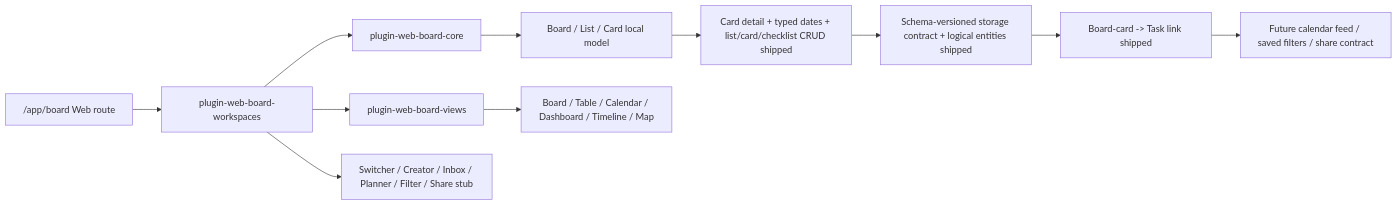
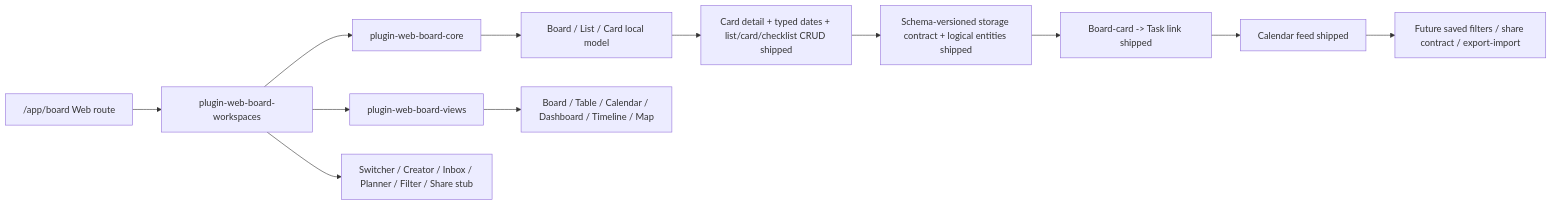
Before and after one commit to jinlong17/XAI_Desktop: the diagram in docs/workflow/roadmap/xai-web-project-module.md, drawn with Mermaid. The commit also changed other lines of this file and 4 other files, not shown here.

Commit message:
docs(web-board-calendar-feed): mark shipped

````diff
--- a/docs/workflow/roadmap/xai-web-project-module.md
+++ b/docs/workflow/roadmap/xai-web-project-module.md
@@ -50,13 +50,14 @@
 ```mermaid
 flowchart LR
   A["/app/board Web route"] --> B["plugin-web-board-workspaces"]
   B --> C["plugin-web-board-core"]
   B --> D["plugin-web-board-views"]
   C --> E["Board / List / Card local model"]
   D --> F["Board / Table / Calendar / Dashboard / Timeline / Map"]
   B --> G["Switcher / Creator / Inbox / Planner / Filter / Share stub"]
   E --> H["Card detail + typed dates + list/card/checklist CRUD shipped"]
   H --> I["Schema-versioned storage contract + logical entities shipped"]
   I --> J["Board-card -> Task link shipped"]
-  J --> K["Future calendar feed / saved filters / share contract"]
+  J --> K["Calendar feed shipped"]
+  K --> L["Future saved filters / share contract / export-import"]
 ```
````
